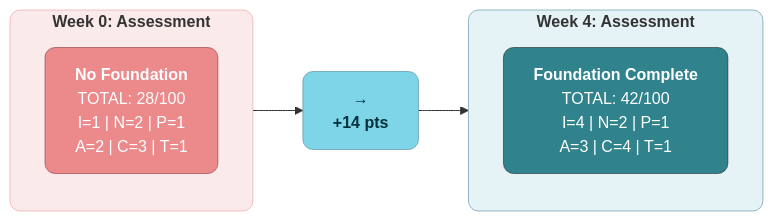
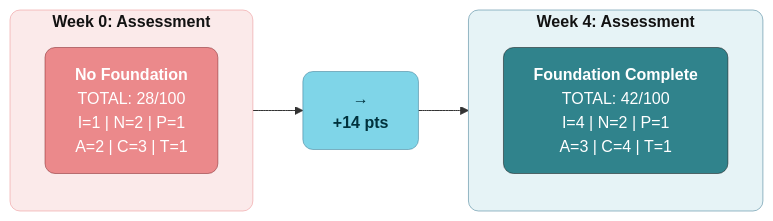
One commit to saitejesh-cyber/trust-before-intelligence-book changed the tenth of 11 diagrams in manuscript/05_chapter_4_foundation_layers.md. Above: the diagram before and after it, drawn with Mermaid. The commit also changed other lines of this file and 12 other files, not shown here.

````diff
--- a/manuscript/05_chapter_4_foundation_layers.md
+++ b/manuscript/05_chapter_4_foundation_layers.md
@@ -1052,20 +1052,20 @@
 ```mermaid
 graph LR
     subgraph week0["<b>Week 0: Assessment</b>"]
         W0["<b>No Foundation</b><br/>TOTAL: 28/100</b><br/>I=1 | N=2 | P=1<br/>A=2 | C=3 | T=1"]
     end
     
     ARROW["<b>→</b><br/><b>+14 pts</b>"]
     
     subgraph week4["<b>Week 4: Assessment</b>"]
         W4["<b>Foundation Complete</b><br/>TOTAL: 42/100</b><br/>I=4 | N=2 | P=1<br/>A=3 | C=4 | T=1"]
     end
     
     week0 --> ARROW --> week4
     
-    style week0 fill:#FBEAEA,stroke:#EB898B,stroke-width:0.5px,rx:10,ry:10
+    style week0 fill:#FBEAEA,stroke:#EB898B,stroke-width:0.5px,color:#121212,rx:10,ry:10
     style W0 fill:#EB898B,color:#ffffff,stroke:#7A1F22,stroke-width:0.5px,rx:10,ry:10
     style ARROW fill:#7FD5E8,stroke:#32738C,stroke-width:0.5px,color:#00323D,rx:10,ry:10
-    style week4 fill:#E6F3F6,stroke:#32738C,stroke-width:0.5px,rx:10,ry:10
+    style week4 fill:#E6F3F6,stroke:#32738C,stroke-width:0.5px,color:#121212,rx:10,ry:10
     style W4 fill:#30838C,color:#ffffff,stroke:#0D0D0D,stroke-width:0.5px,rx:10,ry:10
 ```
````
